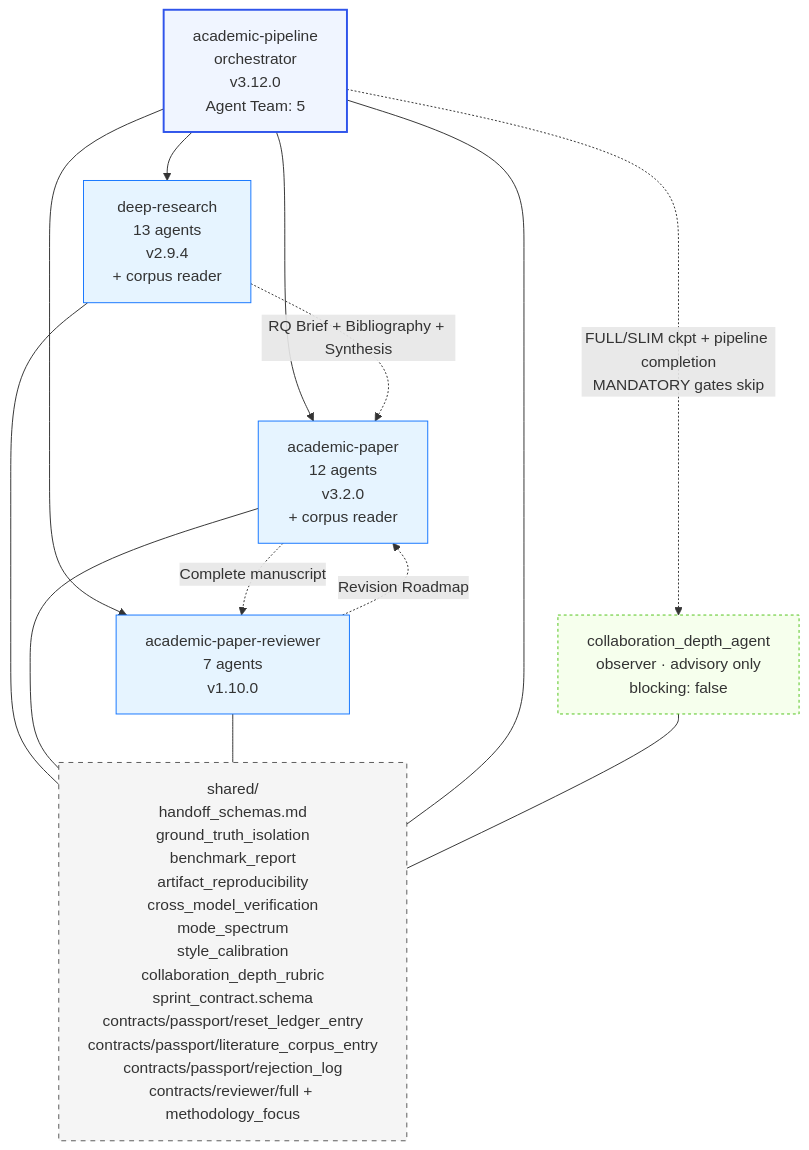
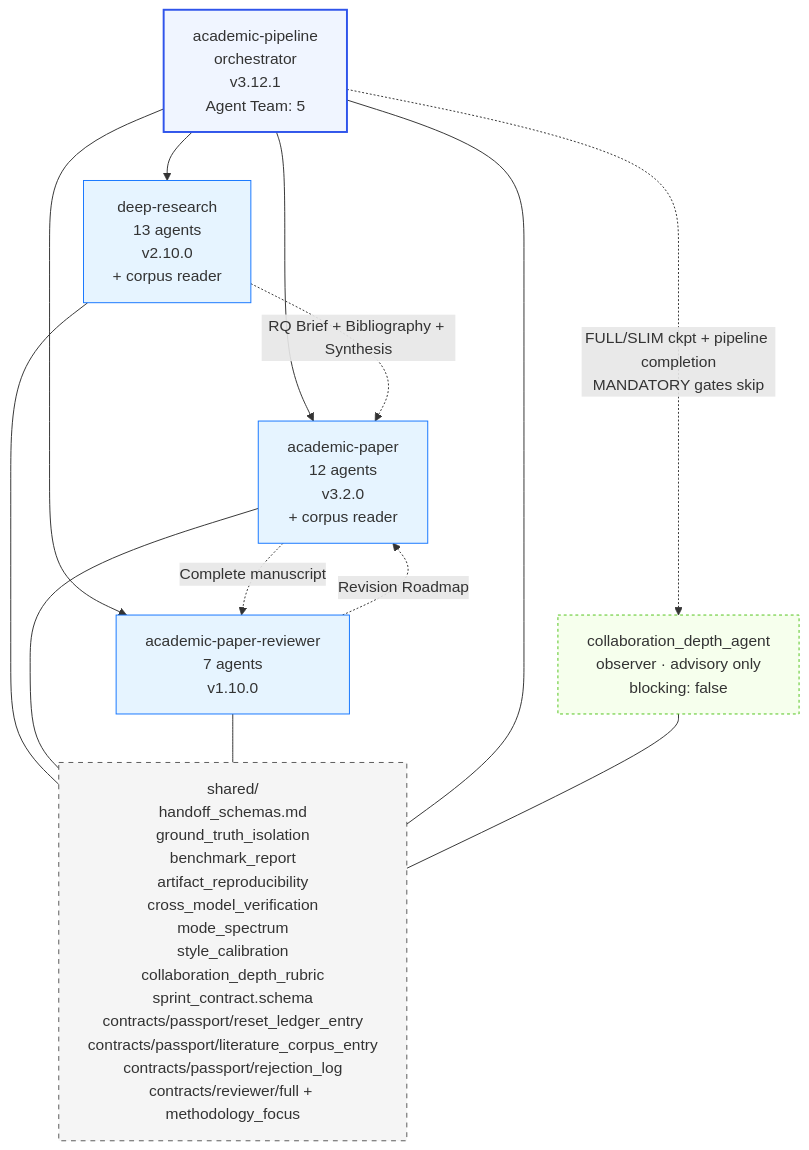
The fourth of 5 diagrams in skills/Imbad0202--academic-research-skills/docs/ARCHITECTURE.md (thereisnotime/skills-collection), drawn with Mermaid before and after one commit. The commit also changed other lines of this file and 222 other files, not shown here.

Commit message:
sync: update skills repos, readme and charts

````diff
--- a/skills/Imbad0202--academic-research-skills/docs/ARCHITECTURE.md
+++ b/skills/Imbad0202--academic-research-skills/docs/ARCHITECTURE.md
@@ -201,31 +201,31 @@
 ```mermaid
 graph TD
-    Pipeline[academic-pipeline<br/>orchestrator<br/>v3.12.0<br/>Agent Team: 5]
+    Pipeline[academic-pipeline<br/>orchestrator<br/>v3.12.1<br/>Agent Team: 5]
     Observer[collaboration_depth_agent<br/>observer · advisory only<br/>blocking: false]
-    DR[deep-research<br/>13 agents<br/>v2.9.4<br/>+ corpus reader]
+    DR[deep-research<br/>13 agents<br/>v2.10.0<br/>+ corpus reader]
     AP[academic-paper<br/>12 agents<br/>v3.2.0<br/>+ corpus reader]
     APR[academic-paper-reviewer<br/>7 agents<br/>v1.10.0]
     Shared[shared/<br/>handoff_schemas.md<br/>ground_truth_isolation<br/>benchmark_report<br/>artifact_reproducibility<br/>cross_model_verification<br/>mode_spectrum<br/>style_calibration<br/>collaboration_depth_rubric<br/>sprint_contract.schema<br/>contracts/passport/reset_ledger_entry<br/>contracts/passport/literature_corpus_entry<br/>contracts/passport/rejection_log<br/>contracts/reviewer/full + methodology_focus]
 
     Pipeline --> DR
     Pipeline --> AP
     Pipeline --> APR
     Pipeline -. "FULL/SLIM ckpt + pipeline completion<br/>MANDATORY gates skip" .-> Observer
     DR -. "RQ Brief + Bibliography + Synthesis" .-> AP
     AP -. "Complete manuscript" .-> APR
     APR -. "Revision Roadmap" .-> AP
     DR --- Shared
     AP --- Shared
     APR --- Shared
     Pipeline --- Shared
     Observer --- Shared
 
     classDef orch fill:#f0f5ff,stroke:#2f54eb,stroke-width:2px
     classDef skill fill:#e6f4ff,stroke:#1677ff
     classDef shared fill:#f5f5f5,stroke:#595959,stroke-dasharray:5 5
     classDef observer fill:#f6ffed,stroke:#52c41a,stroke-dasharray:3 3
     class Pipeline orch
     class DR,AP,APR skill
     class Shared shared
     class Observer observer
 ```
````
